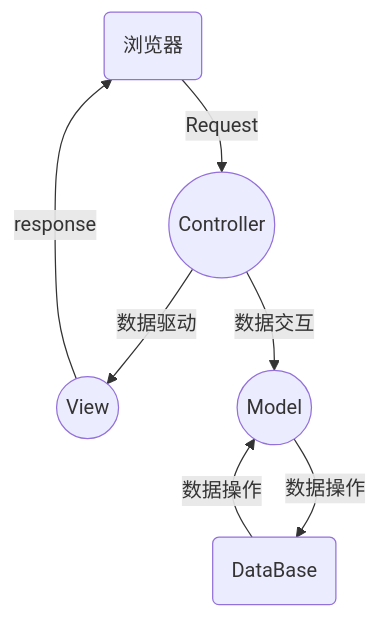
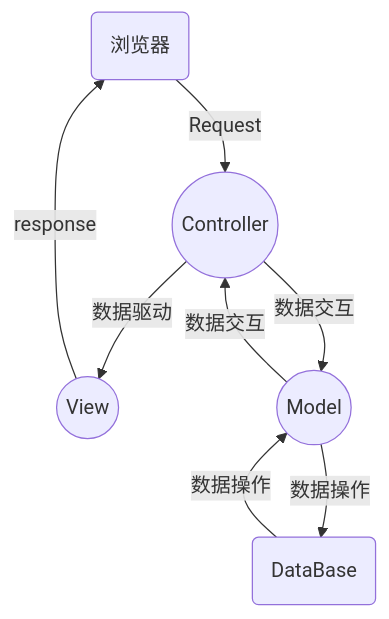
One commit to jicki/jicki.github.io changed the diagram in _posts/2000-01-01-golang-web-note-1.md. Above: the diagram before and after it, drawn with Mermaid.

````diff
--- a/_posts/2000-01-01-golang-web-note-1.md
+++ b/_posts/2000-01-01-golang-web-note-1.md
@@ -41,14 +41,15 @@
 ```mermaid
 graph TD;
   id1(浏览器)
   id2((Controller))
   id3((View))
   id4((Model))
   id5(DataBase)
   id1--Request-->id2;
   id3--response-->id1;
   id2--数据驱动-->id3; 
   id2--数据交互-->id4;
   id4--数据操作-->id5;
   id5--数据操作-->id4;
+  id4--数据交互-->id2;
 ```
````
